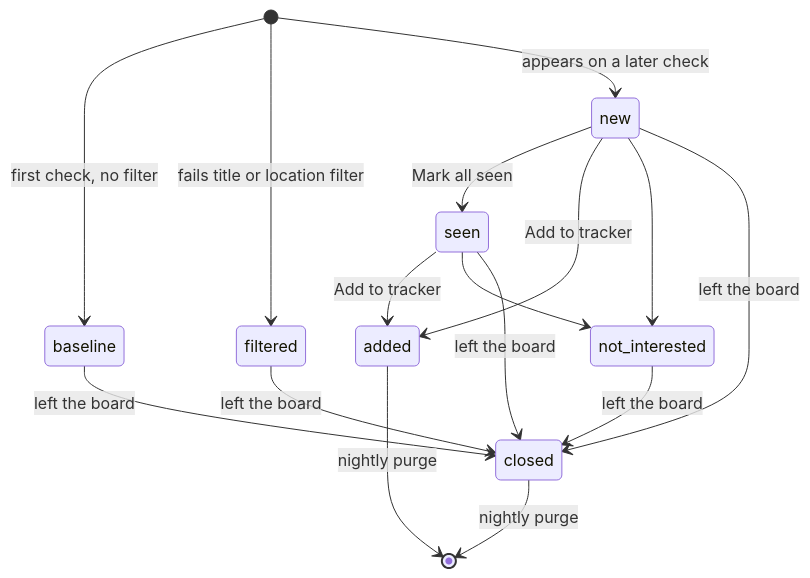
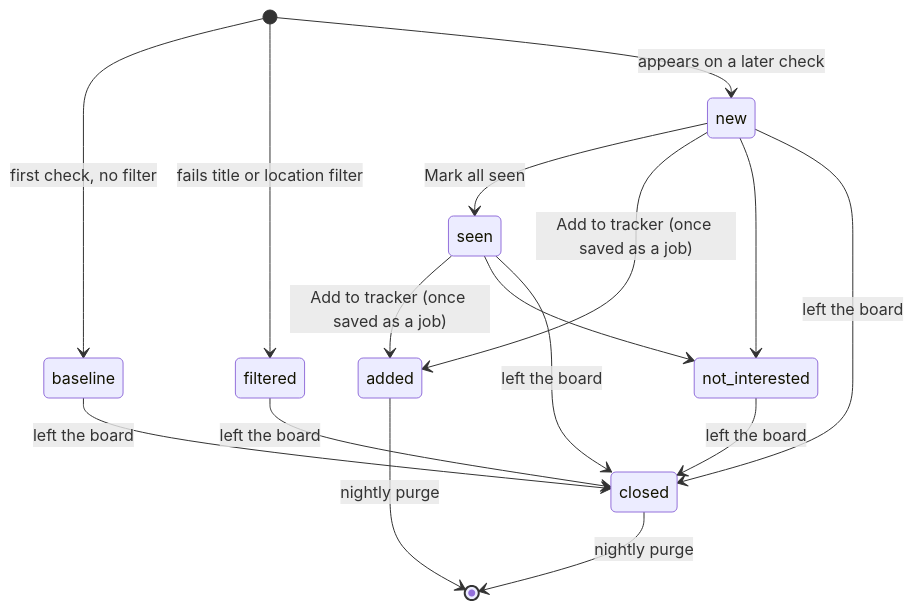
The fourth of 6 diagrams in docs/architecture.md (san70sh/job-tracker), drawn with Mermaid before and after one commit. The commit also changed 4 other files, not shown here.

````diff
--- a/docs/architecture.md
+++ b/docs/architecture.md
@@ -147,18 +147,18 @@
 ```mermaid
 stateDiagram-v2
   [*] --> baseline: first check, no filter
   [*] --> filtered: fails title or location filter
   [*] --> new: appears on a later check
   new --> seen: Mark all seen
-  new --> added: Add to tracker
-  seen --> added: Add to tracker
+  new --> added: Add to tracker (once saved as a job)
+  seen --> added: Add to tracker (once saved as a job)
   new --> not_interested
   seen --> not_interested
   baseline --> closed: left the board
   filtered --> closed: left the board
   new --> closed: left the board
   seen --> closed: left the board
   not_interested --> closed: left the board
   added --> [*]: nightly purge
   closed --> [*]: nightly purge
 ```
````
